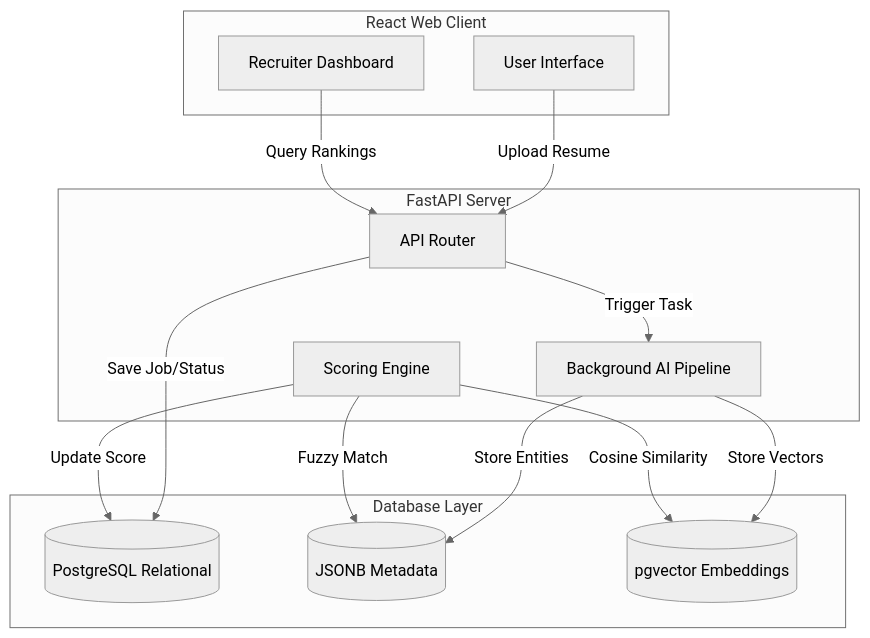
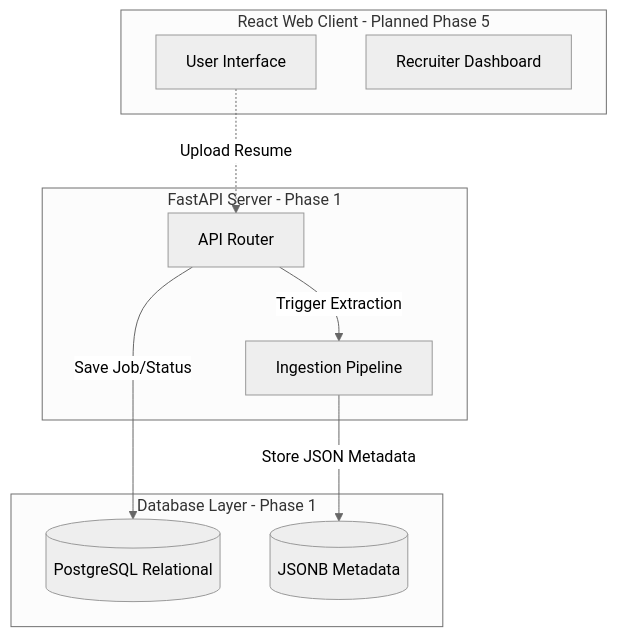
The first of 4 diagrams in docs/04_APP_FLOW.md (vanshbahl/resume-screener), drawn with Mermaid (neutral theme) before and after one commit. The commit also changed other lines of this file and 2 other files, not shown here.

````diff
--- a/docs/04_APP_FLOW.md
+++ b/docs/04_APP_FLOW.md
@@ -9,32 +9,24 @@
 ```mermaid
 graph TD
-    subgraph Frontend [React Web Client]
+    subgraph Frontend [React Web Client - Planned Phase 5]
         UI[User Interface]
         Dashboard[Recruiter Dashboard]
     end
 
-    subgraph Backend [FastAPI Server]
+    subgraph Backend [FastAPI Server - Phase 1]
         API[API Router]
-        Pipeline[Background AI Pipeline]
-        Scoring[Scoring Engine]
+        Pipeline[Ingestion Pipeline]
     end
 
-    subgraph DB [Database Layer]
+    subgraph DB [Database Layer - Phase 1]
         PG[(PostgreSQL Relational)]
         JSON[(JSONB Metadata)]
-        Vec[(pgvector Embeddings)]
     end
 
-    UI -->|Upload Resume| API
-    Dashboard -->|Query Rankings| API
+    UI -.->|Upload Resume| API
     
     API -->|Save Job/Status| PG
-    API -->|Trigger Task| Pipeline
+    API -->|Trigger Extraction| Pipeline
     
-    Pipeline -->|Store Entities| JSON
-    Pipeline -->|Store Vectors| Vec
-    
-    Scoring -->|Fuzzy Match| JSON
-    Scoring -->|Cosine Similarity| Vec
-    Scoring -->|Update Score| PG
+    Pipeline -->|Store JSON Metadata| JSON
 ```
````
